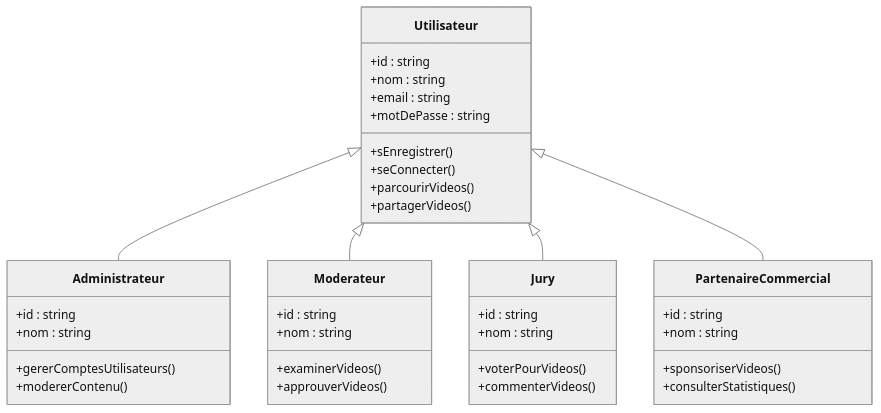
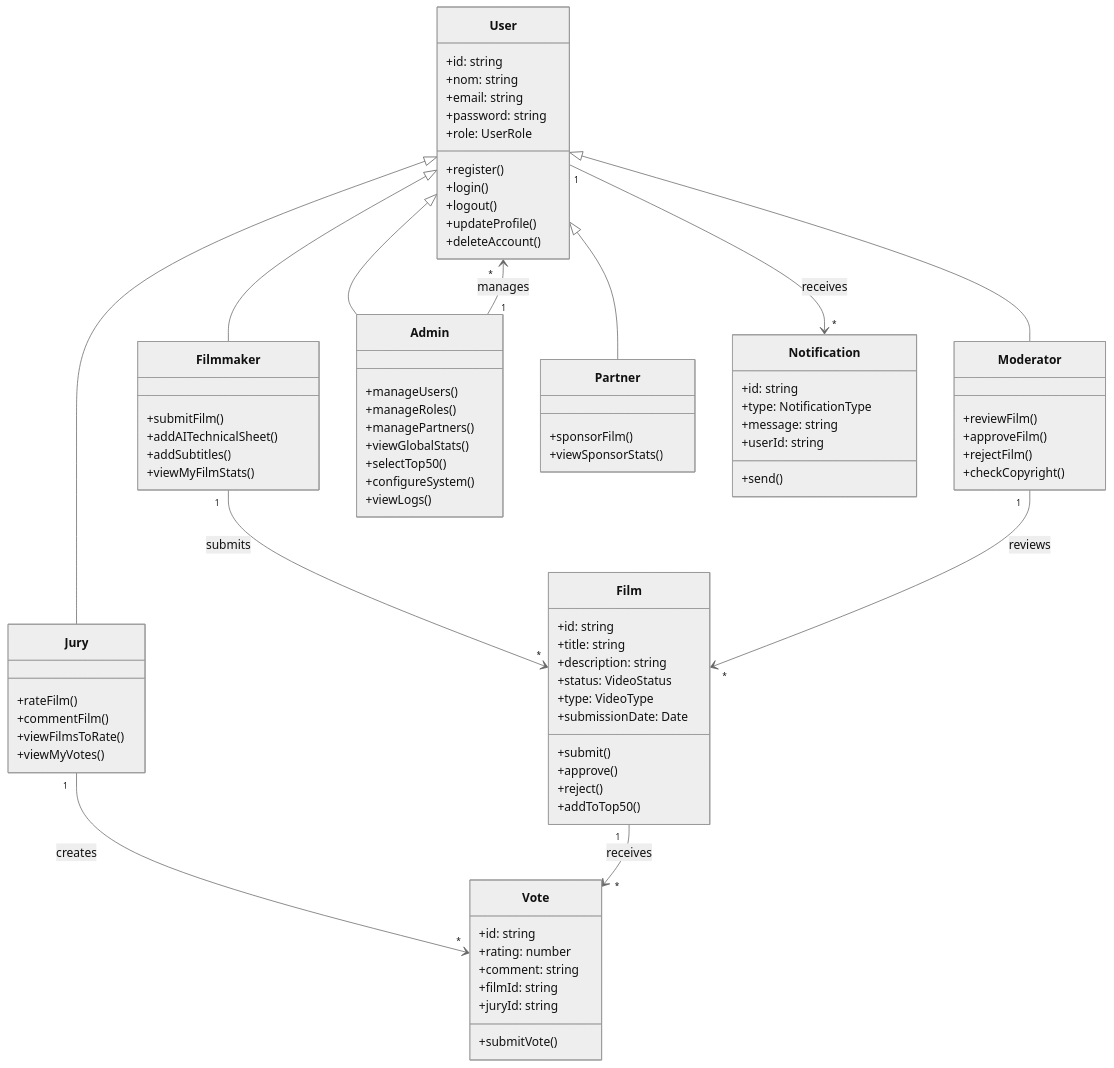
The diagram in docs/UseCases_UML.md (Gaetan1303/ProjectFestivalIA), drawn with Mermaid (neutral theme) before and after one commit. The commit also changed other lines of this file and 8 other files, not shown here.

````diff
--- a/docs/UseCases_UML.md
+++ b/docs/UseCases_UML.md
@@ -1,46 +5,94 @@
 ```mermaid
 classDiagram
-class Utilisateur {
-  +id : string
-  +nom : string
-  +email : string
-  +motDePasse : string
-  +sEnregistrer()
-  +seConnecter()
-  +parcourirVideos()
-  +partagerVideos()
-}
+    class User {
+        +id: string
+        +nom: string
+        +email: string
+        +password: string
+        +role: UserRole
+        +register()
+        +login()
+        +logout()
+        +updateProfile()
+        +deleteAccount()
+    }
 
-class Administrateur {
-  +id : string
-  +nom : string
-  +gererComptesUtilisateurs()
-  +modererContenu()
-}
+    class Filmmaker {
+        +submitFilm()
+        +addAITechnicalSheet()
+        +addSubtitles()
+        +viewMyFilmStats()
+    }
 
-class Moderateur {
-  +id : string
-  +nom : string
-  +examinerVideos()
-  +approuverVideos()
-}
+    class Jury {
+        +rateFilm()
+        +commentFilm()
+        +viewFilmsToRate()
+        +viewMyVotes()
+    }
 
-class Jury {
-  +id : string
-  +nom : string
-  +voterPourVideos()
-  +commenterVideos()
-}
+    class Moderator {
+        +reviewFilm()
+        +approveFilm()
+        +rejectFilm()
+        +checkCopyright()
+    }
 
-class PartenaireCommercial {
-  +id : string
-  +nom : string
-  +sponsoriserVideos()
-  +consulterStatistiques()
-}
+    class Admin {
+        +manageUsers()
+        +manageRoles()
+        +managePartners()
+        +viewGlobalStats()
+        +selectTop50()
+        +configureSystem()
+        +viewLogs()
+    }
 
-Utilisateur <|-- Administrateur
-Utilisateur <|-- Moderateur
-Utilisateur <|-- Jury
-Utilisateur <|-- PartenaireCommercial
+    class Partner {
+        +sponsorFilm()
+        +viewSponsorStats()
+    }
+
+    class Film {
+        +id: string
+        +title: string
+        +description: string
+        +status: VideoStatus
+        +type: VideoType
+        +submissionDate: Date
+        +submit()
+        +approve()
+        +reject()
+        +addToTop50()
+    }
+
+    class Vote {
+        +id: string
+        +rating: number
+        +comment: string
+        +filmId: string
+        +juryId: string
+        +submitVote()
+    }
+
+    class Notification {
+        +id: string
+        +type: NotificationType
+        +message: string
+        +userId: string
+        +send()
+    }
+
+    User <|-- Filmmaker
+    User <|-- Jury  
+    User <|-- Moderator
+    User <|-- Admin
+    User <|-- Partner
+
+    Filmmaker "1" --> "*" Film : submits
+    Jury "1" --> "*" Vote : creates
+    Film "1" --> "*" Vote : receives
+    User "1" --> "*" Notification : receives
+    Moderator "1" --> "*" Film : reviews
+    Admin "1" --> "*" User : manages
 ```
````
